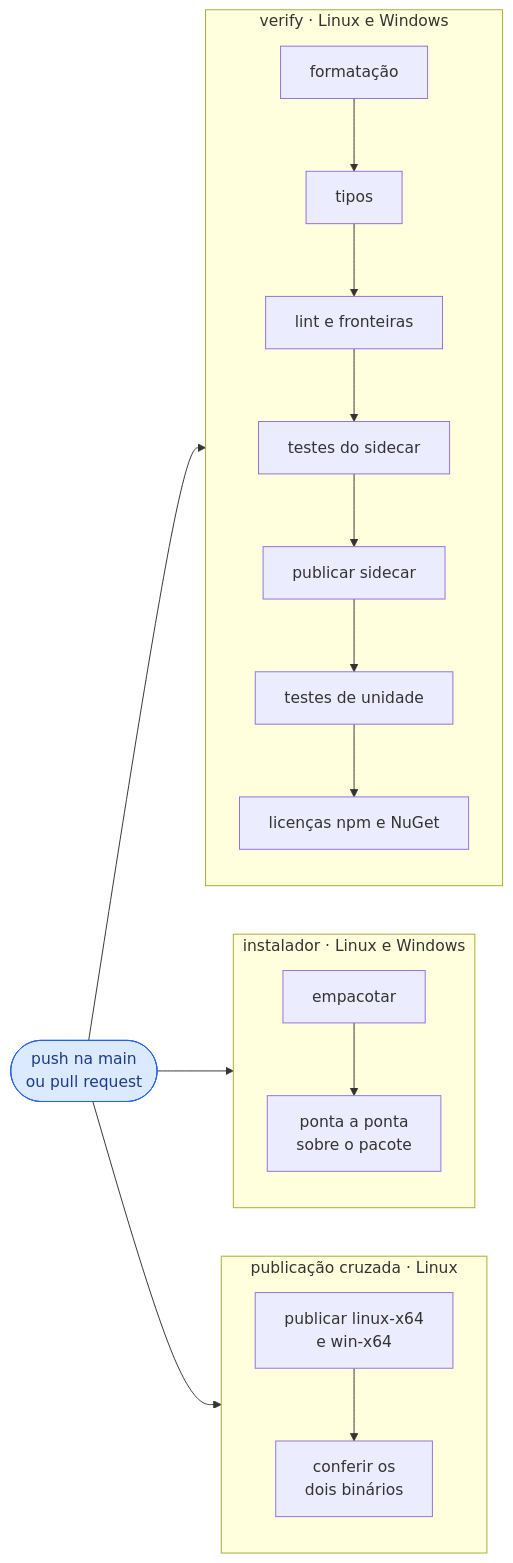
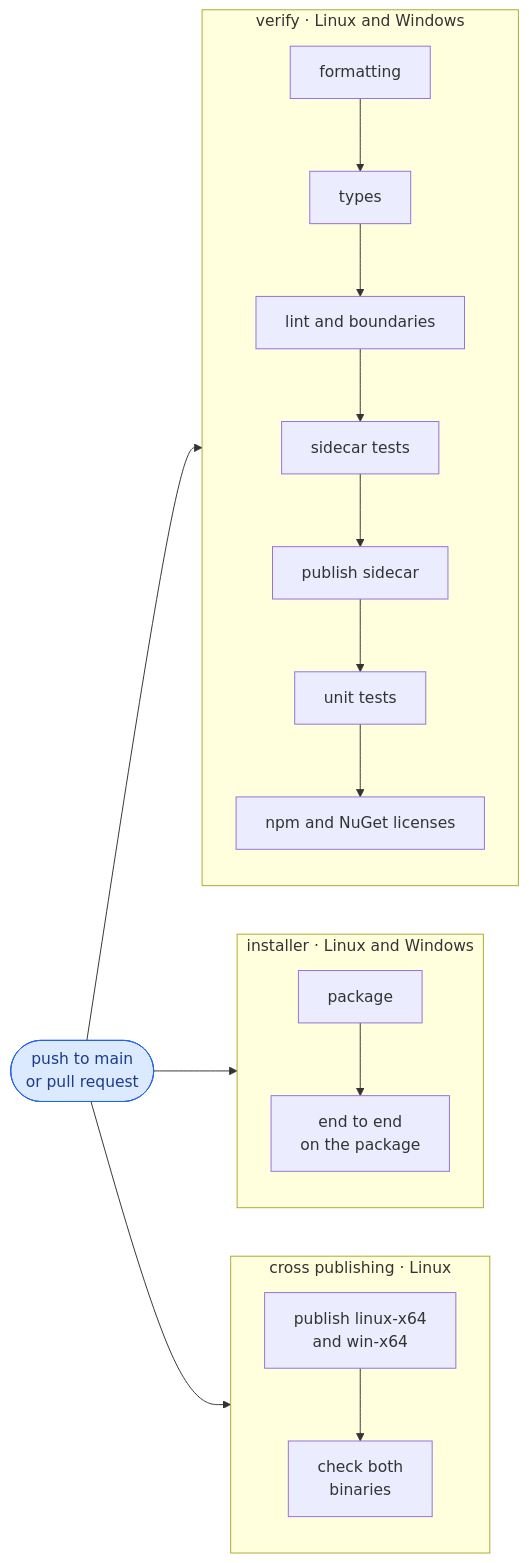
The fifth of 5 diagrams in README.md (VStorch/LibreviaWorkspace), drawn with Mermaid before and after one commit. The commit also changed other lines of this file and 3 other files, not shown here.

````diff
--- a/README.md
+++ b/README.md
@@ -793,24 +796,24 @@
 ```mermaid
 flowchart LR
-    T(["push na main<br/>ou pull request"]) --> V & I & X
+    T(["push to main<br/>or pull request"]) --> V & I & X
 
-    subgraph V["verify · Linux e Windows"]
+    subgraph V["verify · Linux and Windows"]
         direction TB
-        v1["formatação"] --> v2["tipos"] --> v3["lint e fronteiras"]
-        v3 --> v4["testes do sidecar"] --> v5["publicar sidecar"]
-        v5 --> v6["testes de unidade"] --> v7["licenças npm e NuGet"]
+        v1["formatting"] --> v2["types"] --> v3["lint and boundaries"]
+        v3 --> v4["sidecar tests"] --> v5["publish sidecar"]
+        v5 --> v6["unit tests"] --> v7["npm and NuGet licenses"]
     end
 
-    subgraph I["instalador · Linux e Windows"]
+    subgraph I["installer · Linux and Windows"]
         direction TB
-        i1["empacotar"] --> i2["ponta a ponta<br/>sobre o pacote"]
+        i1["package"] --> i2["end to end<br/>on the package"]
     end
 
-    subgraph X["publicação cruzada · Linux"]
+    subgraph X["cross publishing · Linux"]
         direction TB
-        x1["publicar linux-x64<br/>e win-x64"] --> x2["conferir os<br/>dois binários"]
+        x1["publish linux-x64<br/>and win-x64"] --> x2["check both<br/>binaries"]
     end
 
     classDef trig fill:#dbeafe,stroke:#2563eb,color:#1e3a8a
     class T trig
 ```
````
